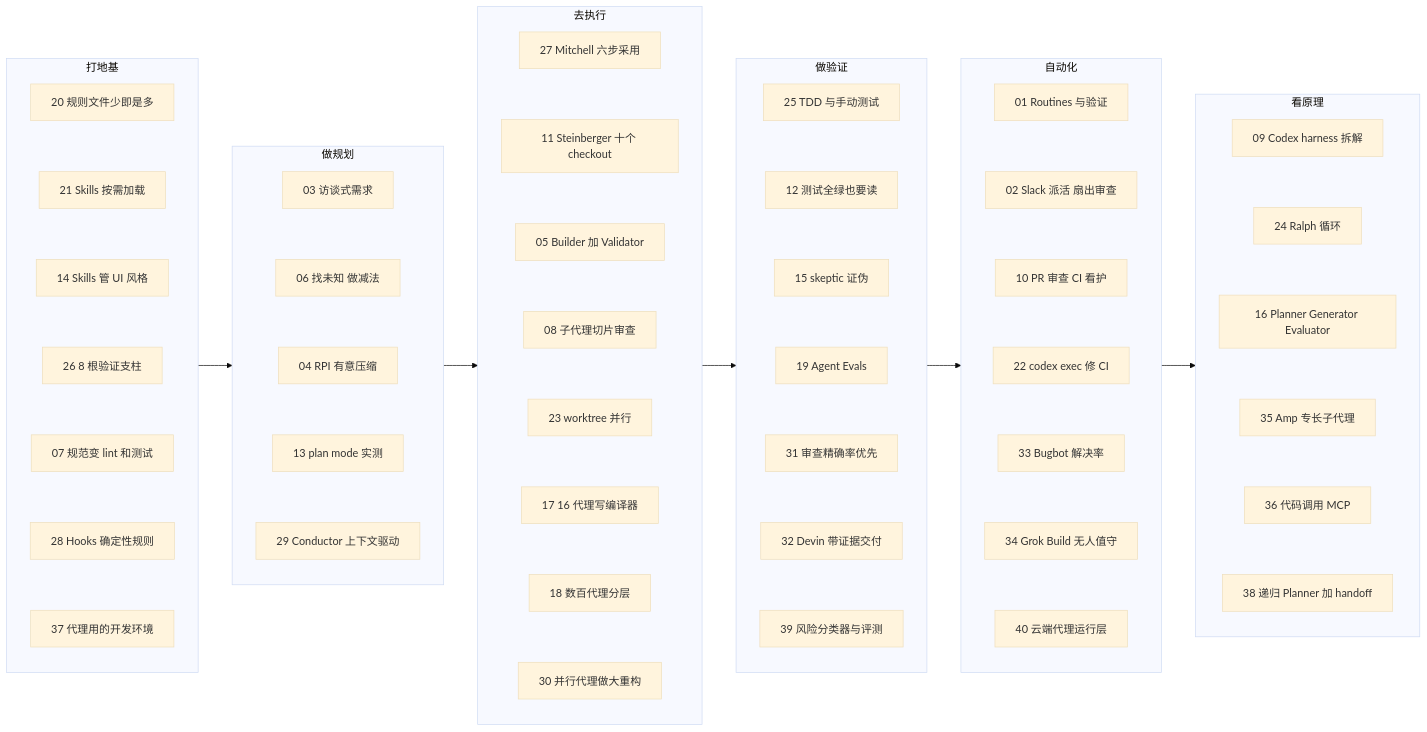
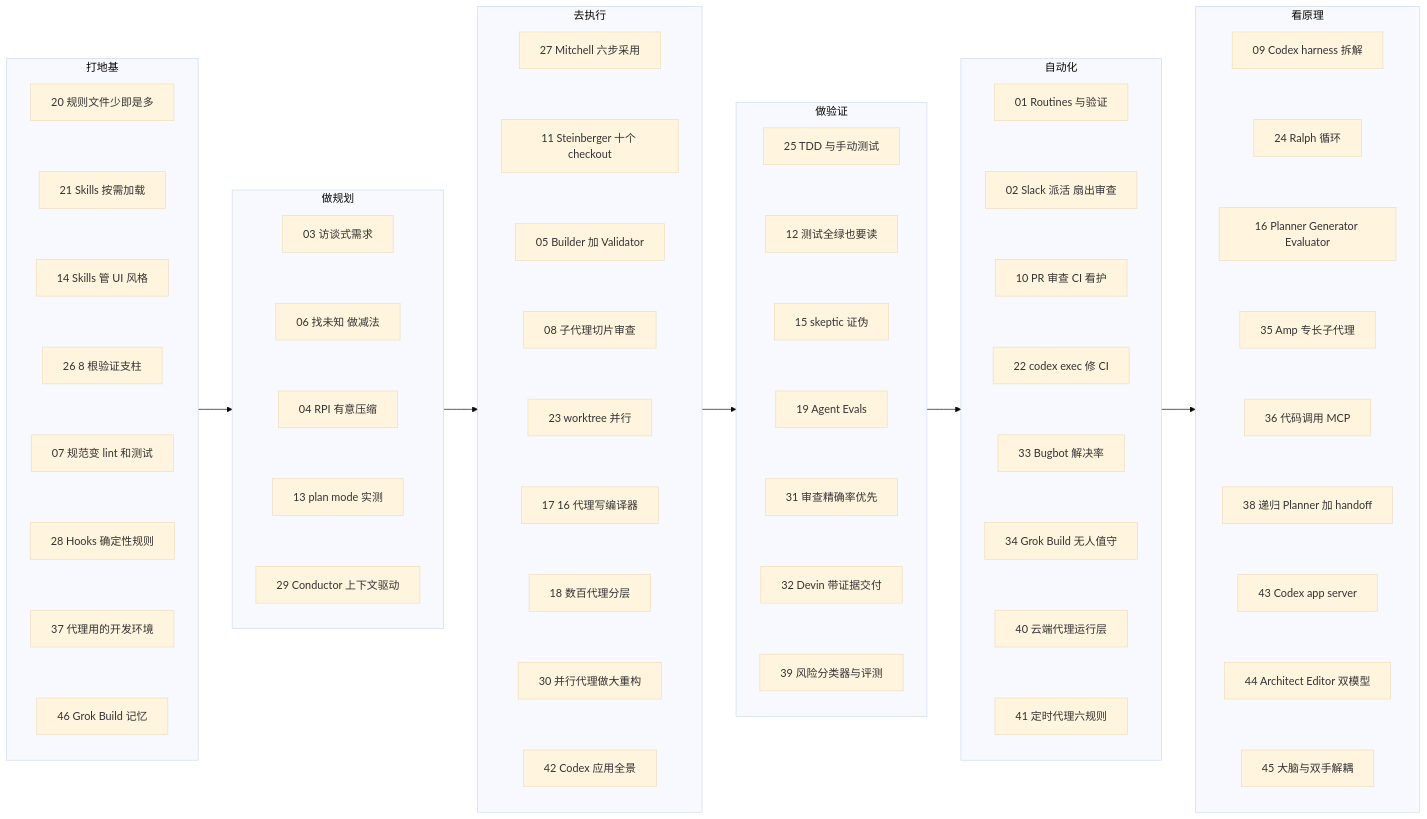
The diagram in docs/index.md (yzw7489757/ai-coding-videos), drawn with Mermaid (base theme) before and after one commit. The commit also changed other lines of this file and 28 other files, not shown here.

````diff
--- a/docs/index.md
+++ b/docs/index.md
@@ -105,12 +107,14 @@
     A07["07 规范变 lint 和测试"]
     A28["28 Hooks 确定性规则"]
     A37["37 代理用的开发环境"]
+    A46["46 Grok Build 记忆"]
     A20 ~~~ A21
     A21 ~~~ A14
     A14 ~~~ A26
     A26 ~~~ A07
     A07 ~~~ A28
     A28 ~~~ A37
+    A37 ~~~ A46
   end
   subgraph S2["做规划"]
     direction TB
@@ -134,6 +138,7 @@
     A17["17 16 代理写编译器"]
     A18["18 数百代理分层"]
     A30["30 并行代理做大重构"]
+    A42["42 Codex 应用全景"]
     A27 ~~~ A11
     A11 ~~~ A05
     A05 ~~~ A08
@@ -141,6 +146,7 @@
     A23 ~~~ A17
     A17 ~~~ A18
     A18 ~~~ A30
+    A30 ~~~ A42
   end
   subgraph S4["做验证"]
     direction TB
@@ -167,12 +173,14 @@
     A33["33 Bugbot 解决率"]
     A34["34 Grok Build 无人值守"]
     A40["40 云端代理运行层"]
+    A41["41 定时代理六规则"]
     A01 ~~~ A02
     A02 ~~~ A10
     A10 ~~~ A22
     A22 ~~~ A33
     A33 ~~~ A34
     A34 ~~~ A40
+    A40 ~~~ A41
   end
   subgraph S6["看原理"]
     direction TB
@@ -182,11 +190,17 @@
     A35["35 Amp 专长子代理"]
     A36["36 代码调用 MCP"]
     A38["38 递归 Planner 加 handoff"]
+    A43["43 Codex app server"]
+    A44["44 Architect Editor 双模型"]
+    A45["45 大脑与双手解耦"]
     A09 ~~~ A24
     A24 ~~~ A16
     A16 ~~~ A35
     A35 ~~~ A36
     A36 ~~~ A38
+    A38 ~~~ A43
+    A43 ~~~ A44
+    A44 ~~~ A45
   end
   S1 --> S2 --> S3 --> S4 --> S5 --> S6
 ```
````
